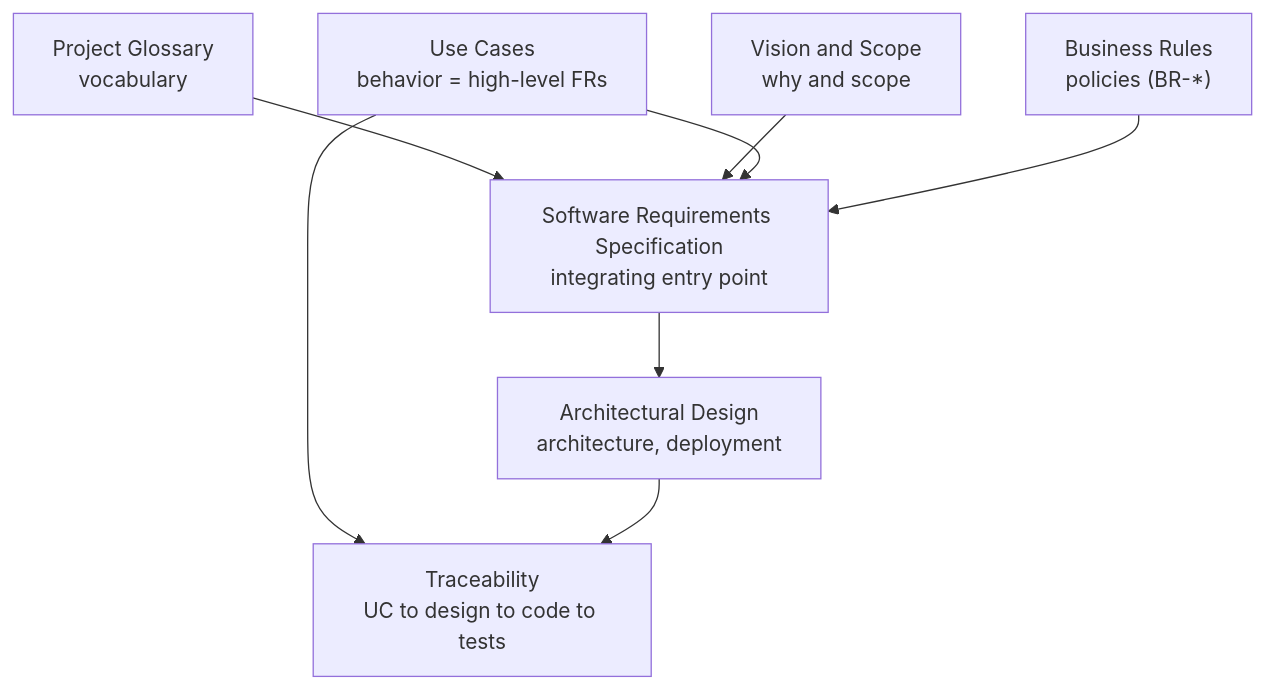
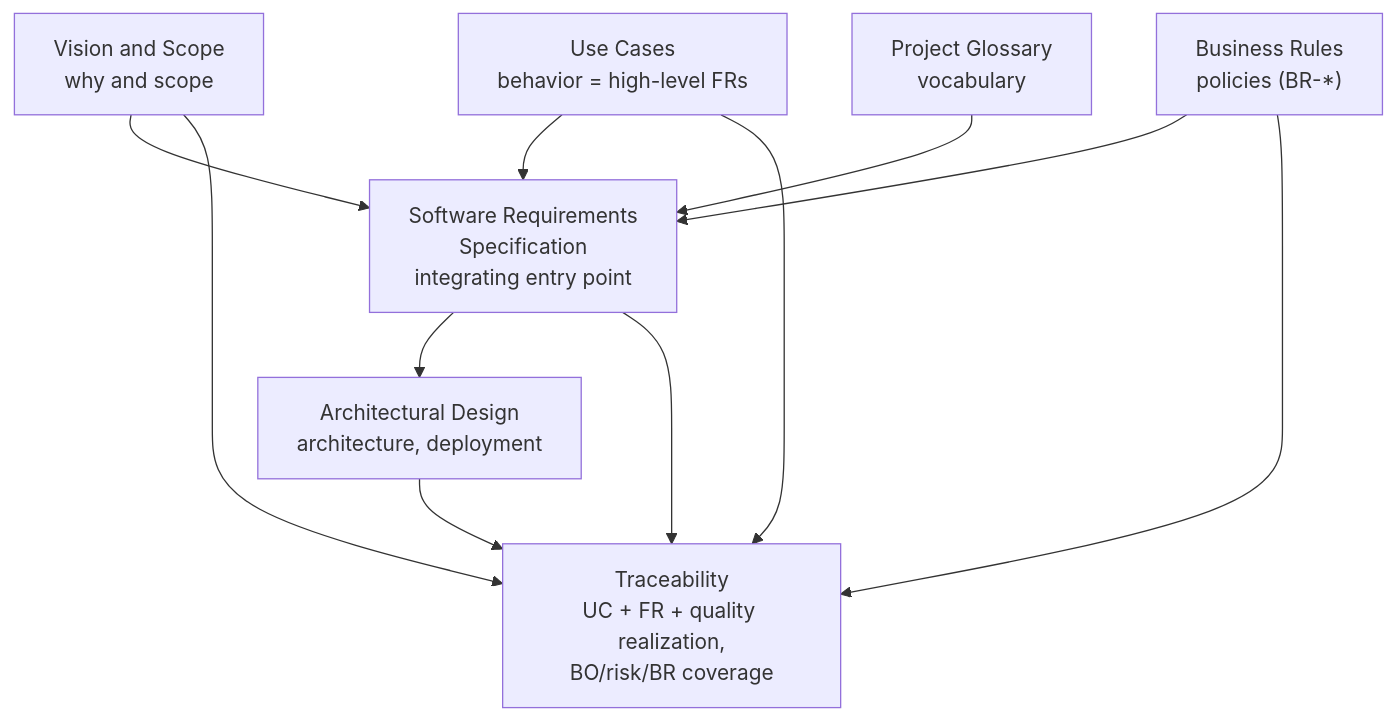
The first of 3 diagrams in docs/requirements/software-requirements-specification.md (Washingtonwei/project-pulse), drawn with Mermaid before and after one commit. The commit also changed other lines of this file and 5 other files, not shown here.

````diff
--- a/docs/requirements/software-requirements-specification.md
+++ b/docs/requirements/software-requirements-specification.md
@@ -36,18 +36,21 @@
 ```mermaid
 flowchart TB
     GLO["Project Glossary<br/>vocabulary"]
     VS["Vision and Scope<br/>why and scope"]
     UC["Use Cases<br/>behavior = high-level FRs"]
     BR["Business Rules<br/>policies (BR-*)"]
-    SRS["Software Requirements Specification<br/>integrating entry point"]
+    SRS["Software Requirements<br/>Specification <br/>integrating entry point"]
     AD["Architectural Design<br/>architecture, deployment"]
-    TR["Traceability<br/>UC to design to code to tests"]
+    TR["Traceability<br/>UC + FR + quality realization,<br/>BO/risk/BR coverage"]
 
     GLO --> SRS
     VS --> SRS
     UC --> SRS
     BR --> SRS
     SRS --> AD
     UC --> TR
+    VS --> TR
+    BR --> TR
+    SRS --> TR
     AD --> TR
 ```
````
